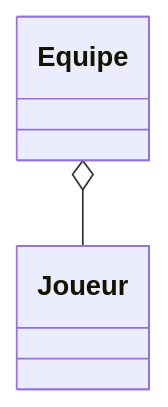
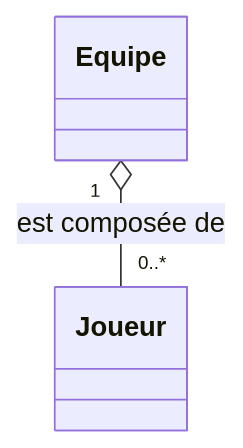
One commit to JR-CIEL-2-PROGRAMMATION/uml-learning changed the fourth of 9 diagrams in 02-diagramme-classes/notes.md. Above: the diagram before and after it, drawn with Mermaid. The commit also changed other lines of this file and 5 other files, not shown here.

````diff
--- a/02-diagramme-classes/notes.md
+++ b/02-diagramme-classes/notes.md
@@ -45,4 +107,4 @@
 ```mermaid
 classDiagram
-    Equipe o-- Joueur
+    Equipe "1" o-- "0..*" Joueur : est composée de
 ```
````
